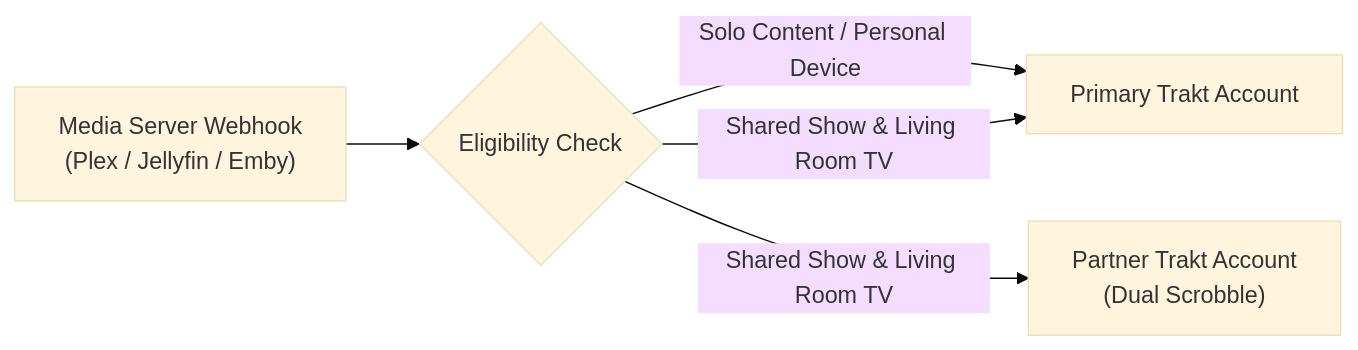
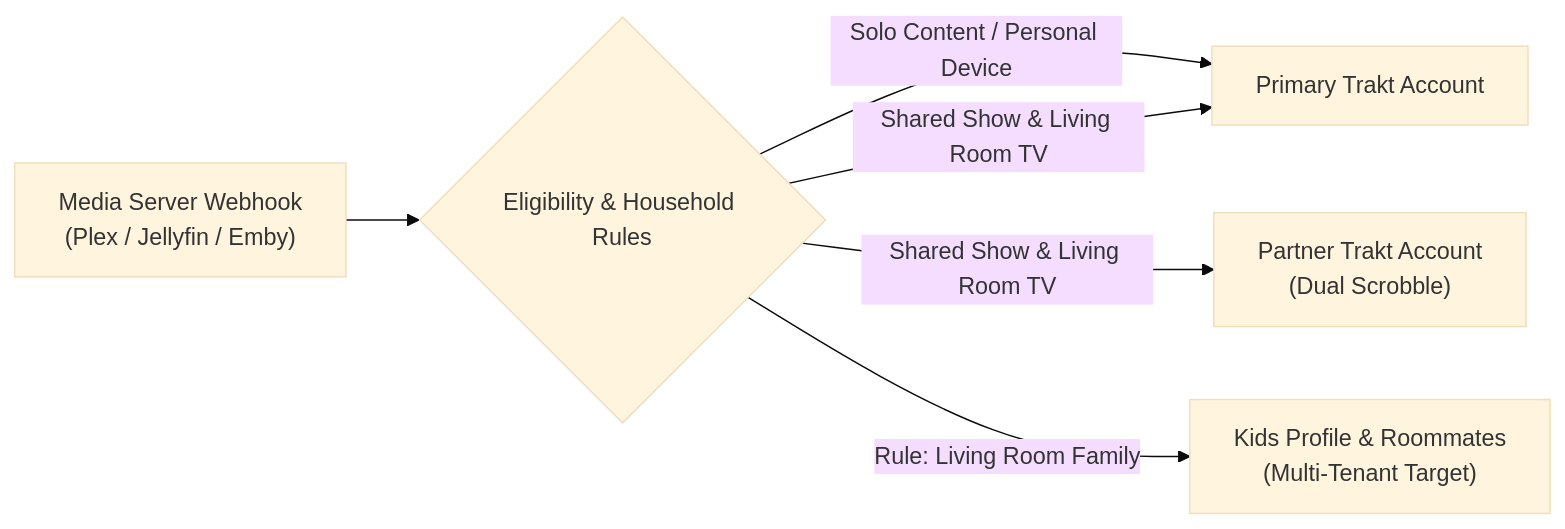
One commit to selits/omniscrobble changed the first of 6 diagrams in docs/FEATURES.md. Above: the diagram before and after it, drawn with Mermaid (base theme). The commit also changed other lines of this file and 44 other files, not shown here.

````diff
--- a/docs/FEATURES.md
+++ b/docs/FEATURES.md
@@ -23,7 +29,8 @@
 ```mermaid
 flowchart LR
-    A["Media Server Webhook\n(Plex / Jellyfin / Emby)"] --> B{"Eligibility Check"}
+    A["Media Server Webhook\n(Plex / Jellyfin / Emby)"] --> B{"Eligibility & Household Rules"}
     B -- "Solo Content / Personal Device" --> C["Primary Trakt Account"]
     B -- "Shared Show & Living Room TV" --> C
     B -- "Shared Show & Living Room TV" --> D["Partner Trakt Account\n(Dual Scrobble)"]
+    B -- "Rule: Living Room Family" --> E["Kids Profile & Roommates\n(Multi-Tenant Target)"]
 ```
````
